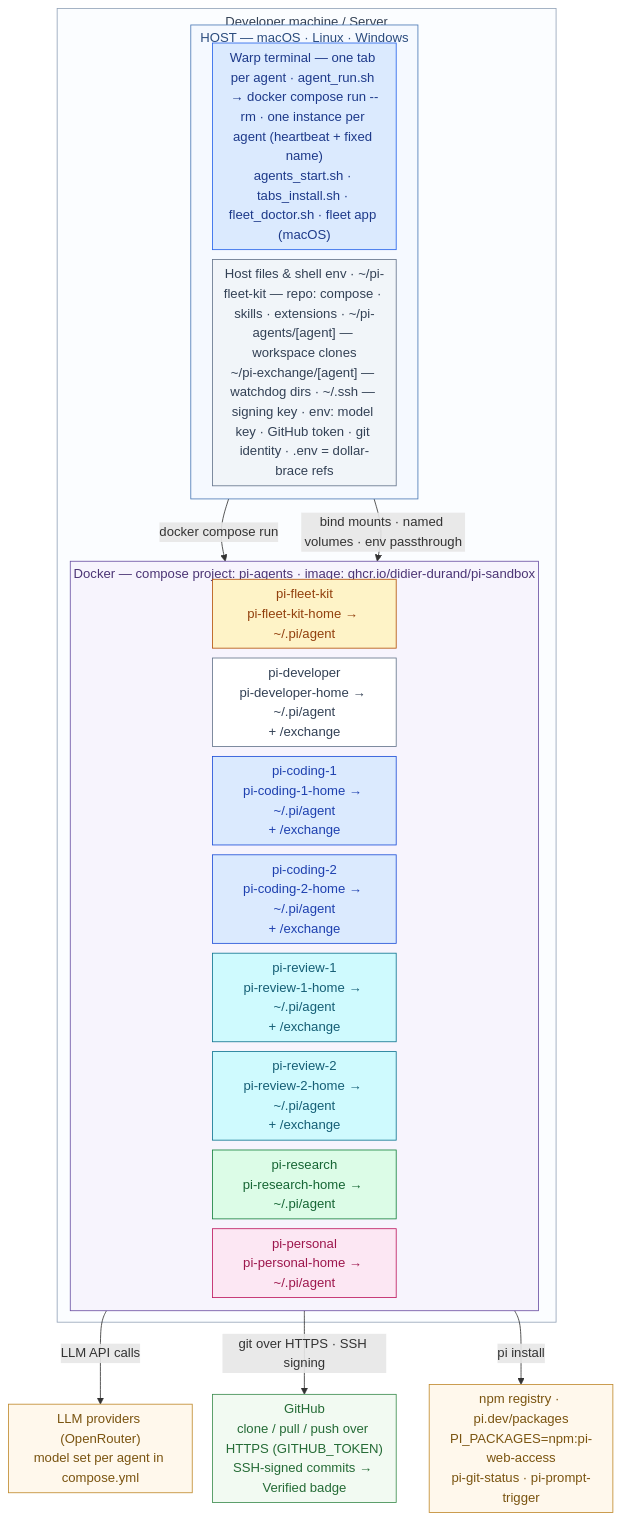
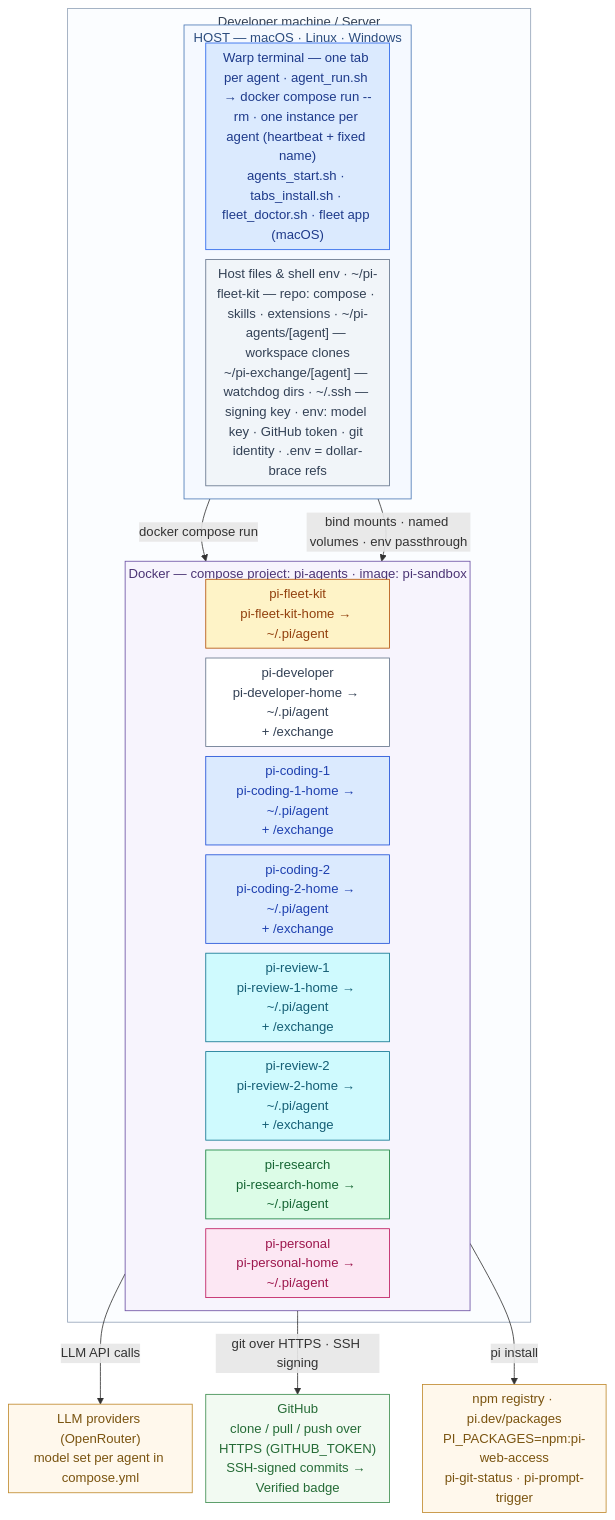
The diagram in README.md (didier-durand/pi-fleet-kit), drawn with Mermaid before and after one commit. The commit also changed other lines of this file and 1 other file, not shown here.

First line of the commit message:
revert: compose runs the local pi-sandbox image again (GHCR package stays private)

````diff
--- a/README.md
+++ b/README.md
@@ -120,57 +120,57 @@
 ```mermaid
 %%{init: {"flowchart": {"nodeSpacing": 12, "rankSpacing": 28, "padding": 6, "diagramPadding": 8, "subGraphTitleMargin": {"top": 4, "bottom": 2}}}}%%
 flowchart TB
   subgraph MACHINE["Developer machine / Server"]
     subgraph HOST["HOST — macOS · Linux · Windows"]
     direction LR
     WARP["Warp terminal — one tab per agent · agent_run.sh → docker compose run --rm · one instance per agent (heartbeat + fixed name)<br/>agents_start.sh · tabs_install.sh · fleet_doctor.sh · fleet app (macOS)"]
     FILES["Host files & shell env · ~/pi-fleet-kit — repo: compose · skills · extensions · ~/pi-agents/[agent] — workspace clones<br/>~/pi-exchange/[agent] — watchdog dirs · ~/.ssh — signing key · env: model key · GitHub token · git identity · .env = dollar-brace refs"]
   end
-  subgraph DOCKER["Docker — compose project: pi-agents · image: ghcr.io/didier-durand/pi-sandbox"]
+  subgraph DOCKER["Docker — compose project: pi-agents · image: pi-sandbox"]
     direction LR
     FLEET["pi-fleet-kit<br/>pi-fleet-kit-home → ~/.pi/agent"]
     DEV["pi-developer<br/>pi-developer-home → ~/.pi/agent<br/>+ /exchange"]
     CODING["pi-coding-1<br/>pi-coding-1-home → ~/.pi/agent<br/>+ /exchange"]
     CODING2["pi-coding-2<br/>pi-coding-2-home → ~/.pi/agent<br/>+ /exchange"]
     REVIEW["pi-review-1<br/>pi-review-1-home → ~/.pi/agent<br/>+ /exchange"]
     REVIEW2["pi-review-2<br/>pi-review-2-home → ~/.pi/agent<br/>+ /exchange"]
     RESEARCH["pi-research<br/>pi-research-home → ~/.pi/agent"]
     PERSONAL["pi-personal<br/>pi-personal-home → ~/.pi/agent"]
   end
   end
   LLM["LLM providers (OpenRouter)<br/>model set per agent in compose.yml"]
   GH["GitHub<br/>clone / pull / push over HTTPS (GITHUB_TOKEN)<br/>SSH-signed commits → Verified badge"]
   NPM["npm registry · pi.dev/packages<br/>PI_PACKAGES=npm:pi-web-access<br/>pi-git-status · pi-prompt-trigger"]
   HOST -->|"docker compose run"| DOCKER
   HOST -->|"bind mounts · named volumes · env passthrough"| DOCKER
   DOCKER -->|"LLM API calls"| LLM
   DOCKER -->|"git over HTTPS · SSH signing"| GH
   DOCKER -->|"pi install"| NPM
   classDef warp fill:#DBEAFE,stroke:#2563EB,color:#1E3A8A
   classDef files fill:#F1F5F9,stroke:#64748B,color:#334155
   classDef yellow fill:#FEF3C7,stroke:#B45309,color:#92400E
   classDef blue fill:#DBEAFE,stroke:#1D4ED8,color:#1E40AF
   classDef cyan fill:#CFFAFE,stroke:#0E7490,color:#155E75
   classDef green fill:#DCFCE7,stroke:#15803D,color:#166534
   classDef magenta fill:#FCE7F3,stroke:#BE185D,color:#9D174D
   classDef white fill:#FFFFFF,stroke:#64748B,color:#334155
   classDef llm fill:#FFF8EC,stroke:#C08A2D,color:#7A5410
   classDef gh fill:#F2FAF2,stroke:#3C8C4E,color:#256B36
   classDef npm fill:#FFF8EC,stroke:#C08A2D,color:#7A5410
   class WARP warp
   class FILES files
   class FLEET yellow
   class DEV white
   class CODING blue
   class CODING2 blue
   class REVIEW cyan
   class REVIEW2 cyan
   class RESEARCH green
   class PERSONAL magenta
   class LLM llm
   class GH gh
   class NPM npm
   style HOST fill:#F5F9FF,stroke:#4A78B5,color:#2B4C7E
   style DOCKER fill:#F7F4FD,stroke:#6A4FA3,color:#4C3575
   style MACHINE fill:#FBFDFF,stroke:#94A3B8,color:#334155
 ```
````
